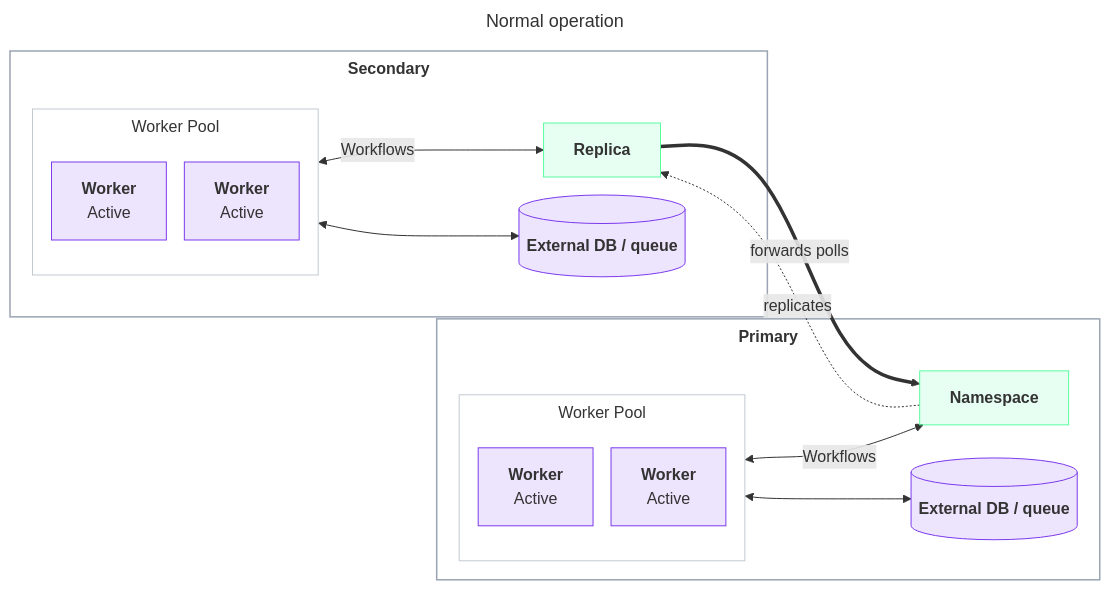
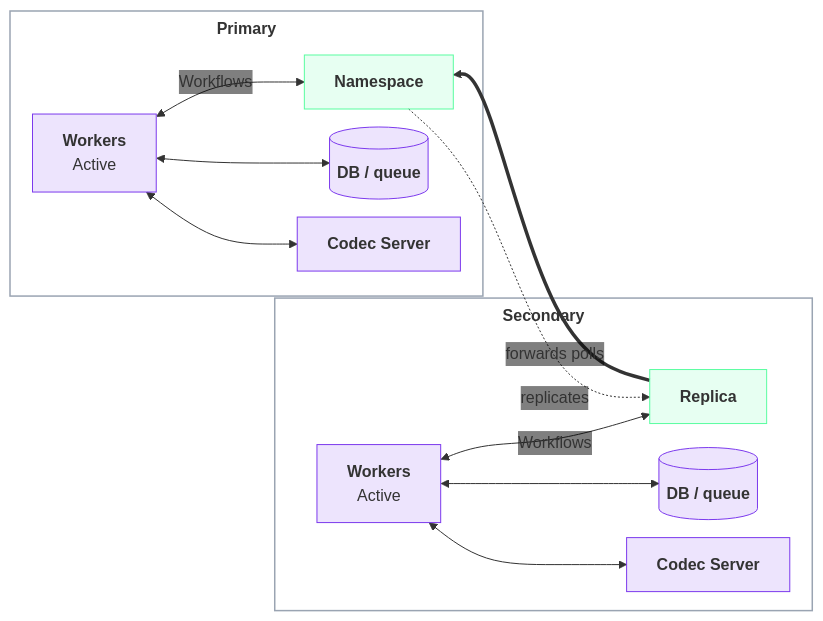
Diagram 16 of 19 in docs/cloud/high-availability/deployment-patterns.mdx (temporalio/documentation), drawn with Mermaid before and after one commit. The commit also changed other lines of this file, not shown here.

````diff
--- a/docs/cloud/high-availability/deployment-patterns.mdx
+++ b/docs/cloud/high-availability/deployment-patterns.mdx
@@ -507,36 +608,30 @@
 ```mermaid
----
-title: Normal operation
----
-%%{init: {'themeVariables':{'fontFamily':'Inter, ui-sans-serif, system-ui, sans-serif'},'flowchart':{'nodeSpacing':18,'rankSpacing':45,'curve':'basis','subGraphTitleMargin':{'top':6,'bottom':12}}}}%%
+%%{init: {'themeVariables':{'fontFamily':'Inter, ui-sans-serif, system-ui, sans-serif','edgeLabelBackground':'transparent'},'flowchart':{'nodeSpacing':18,'rankSpacing':45,'curve':'basis','subGraphTitleMargin':{'top':6,'bottom':12}}}}%%
 flowchart LR
     classDef worker fill:#7C3AED22,stroke:#7C3AED,stroke-width:1px;
     classDef ns fill:#59FDA024,stroke:#59FDA0,stroke-width:1px;
     classDef ext fill:#7C3AED22,stroke:#7C3AED,stroke-width:1px;
     classDef region fill:transparent,stroke:#9aa4b2,stroke-width:1.5px;
     classDef pool fill:transparent,stroke:#c2c8d2,stroke-width:1px;
     subgraph DANPRI["<b>Primary</b>"]
-      subgraph DANWP["Worker Pool"]
-        DANW1["<b>Worker</b><br/>Active"]:::worker
-        DANW2["<b>Worker</b><br/>Active"]:::worker
-      end
+      DANWP["<b>Workers</b><br/>Active"]:::worker
       DANNS["<b>Namespace</b>"]:::ns
-      DANDB[("<b>External DB / queue</b>")]:::ext
+      DANDB[("<b>DB / queue</b>")]:::ext
+      DANCODEC["<b>Codec Server</b>"]:::ext
       DANWP <-->|Workflows| DANNS
       DANWP <--> DANDB
+      DANWP <--> DANCODEC
     end
     subgraph DANSEC["<b>Secondary</b>"]
       DANR["<b>Replica</b>"]:::ns
-      subgraph DANWP2["Worker Pool"]
-        DANS1["<b>Worker</b><br/>Active"]:::worker
-        DANS2["<b>Worker</b><br/>Active"]:::worker
-      end
-      DANDB2[("<b>External DB / queue</b>")]:::ext
+      DANWP2["<b>Workers</b><br/>Active"]:::worker
+      DANDB2[("<b>DB / queue</b>")]:::ext
+      DANCODEC2["<b>Codec Server</b>"]:::ext
       DANWP2 <-->|Workflows| DANR
       DANWP2 <--> DANDB2
+      DANWP2 <--> DANCODEC2
     end
     DANNS -. replicates .-> DANR
     DANR ==>|"forwards polls"| DANNS
     class DANPRI,DANSEC region
-    class DANWP,DANWP2 pool
 ```
````
